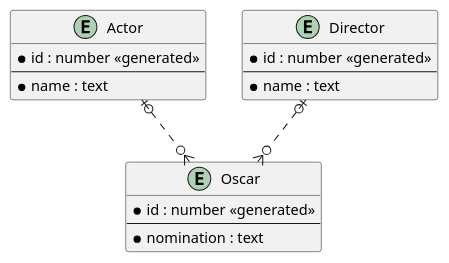
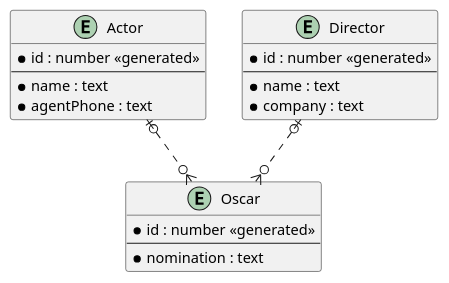
The diagram in Diagrams/FirstApproach.puml (Gotcha7770/ModelFirst.Playground), drawn with PlantUML before and after one commit. The commit also changed 20 other files, not shown here.

```diff
--- a/Diagrams/FirstApproach.puml
+++ b/Diagrams/FirstApproach.puml
@@ -1,25 +1,27 @@
 @startuml
 'https://plantuml.com/class-diagram
 
 entity "Actor" as e01 {
   *id : number <<generated>>
   --
   *name : text
+  *agentPhone : text
 }
 
 entity "Director" as e02 {
   *id : number <<generated>>
   --
   *name : text
+  *company : text
 }
 
 entity "Oscar" as e03 {
   *id : number <<generated>>
   --
   *nomination : text
 }
 
 e01 |o..o{ e03
 e02 |o..o{ e03
 
 @enduml
```
